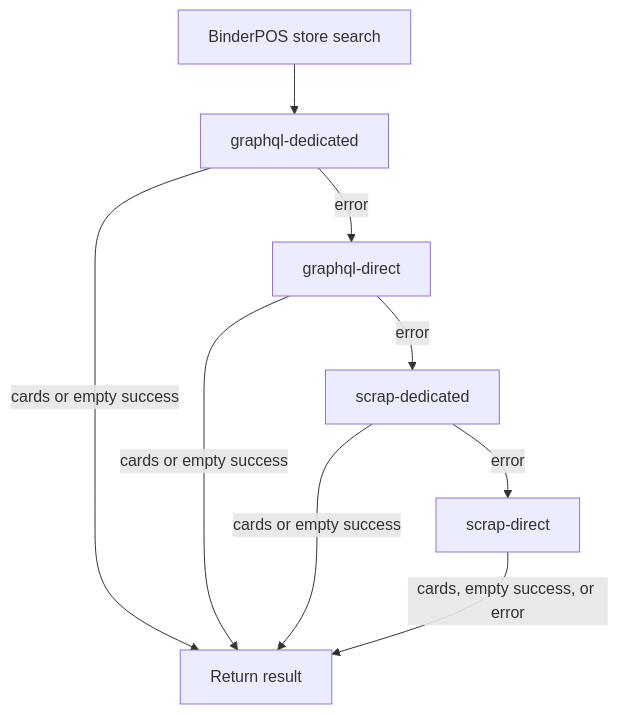
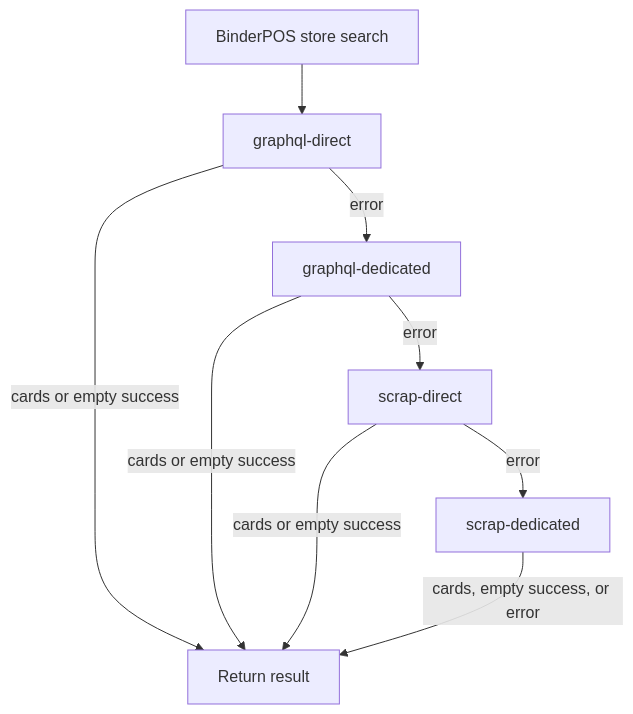
The diagram in README.md (xenodus/gishathfetch), drawn with Mermaid before and after one commit. The commit also changed other lines of this file and 33 other files, not shown here.

First line of the commit message:
Prefer direct egress before dedicated proxy fallback (#430)

````diff
--- a/README.md
+++ b/README.md
@@ -100,11 +100,11 @@
 ```mermaid
 flowchart TD
-    A[BinderPOS store search] --> G1[graphql-dedicated]
-    G1 -- error --> G2[graphql-direct]
-    G2 -- error --> B[scrap-dedicated]
-    B -- error --> C[scrap-direct]
+    A[BinderPOS store search] --> G1[graphql-direct]
+    G1 -- error --> G2[graphql-dedicated]
+    G2 -- error --> B[scrap-direct]
+    B -- error --> C[scrap-dedicated]
     G1 -- cards or empty success --> E[Return result]
     G2 -- cards or empty success --> E
     B -- cards or empty success --> E
     C -- cards, empty success, or error --> E
 ```
````
